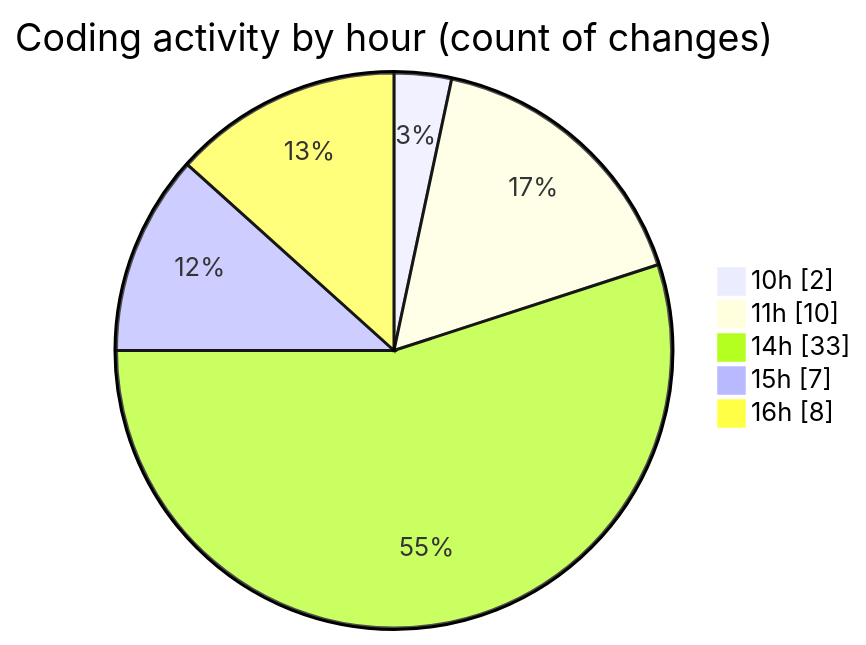
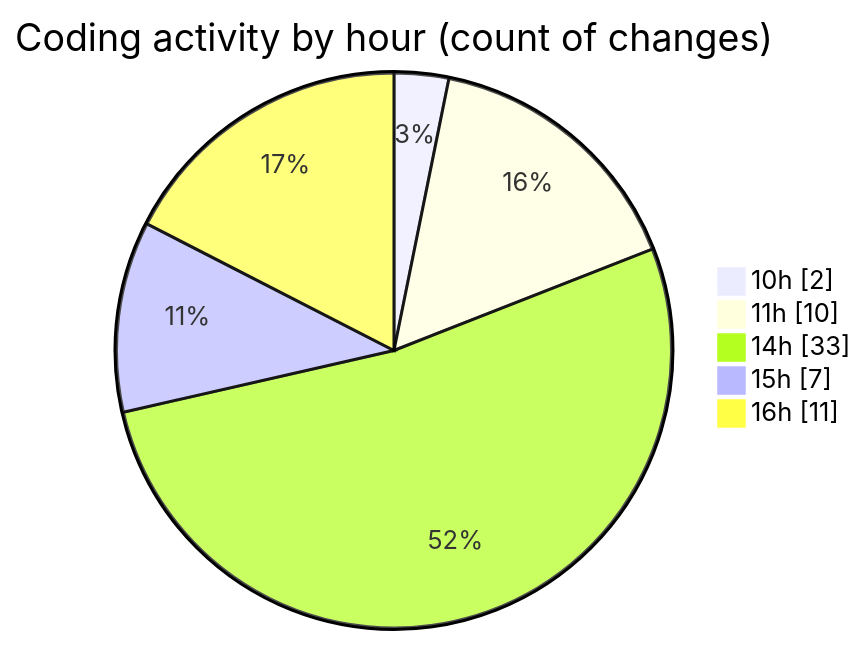
One commit to idhammustaqopulfikri/code-tracking changed the second of 2 diagrams in 2025-06-02/studio-backend/README.md. Above: the diagram before and after it, drawn with Mermaid. The commit also changed other lines of this file and 1 other file, not shown here.

````diff
--- a/2025-06-02/studio-backend/README.md
+++ b/2025-06-02/studio-backend/README.md
@@ -44,9 +44,9 @@
 ```mermaid
 pie showData
 title Coding activity by hour (count of changes)
 "10h" : 2
 "11h" : 10
 "14h" : 33
 "15h" : 7
-"16h" : 8
+"16h" : 11
 ```
````
